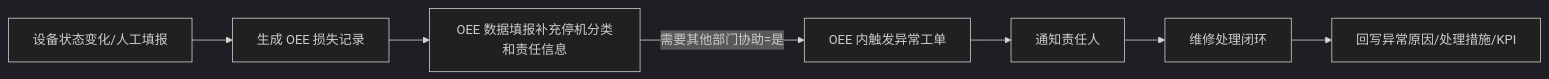
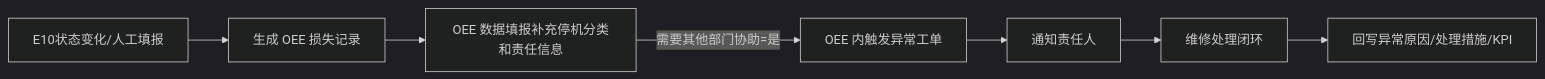
The second of 4 diagrams in 需求分析/00-总览与跨模块链路.md (front-yummy/equipment-management-standard), drawn with Mermaid (dark theme) before and after one commit. The commit also changed other lines of this file and 40 other files, not shown here.

````diff
--- a/需求分析/00-总览与跨模块链路.md
+++ b/需求分析/00-总览与跨模块链路.md
@@ -58,9 +61,9 @@
 ```mermaid
 flowchart LR
-    A[设备状态变化/人工填报] --> B[生成 OEE 损失记录]
+    A[E10状态变化/人工填报] --> B[生成 OEE 损失记录]
     B --> C[OEE 数据填报补充停机分类和责任信息]
     C -->|需要其他部门协助=是| D[OEE 内触发异常工单]
     D --> E[通知责任人]
     E --> F[维修处理闭环]
     F --> G[回写异常原因/处理措施/KPI]
 ```
````
